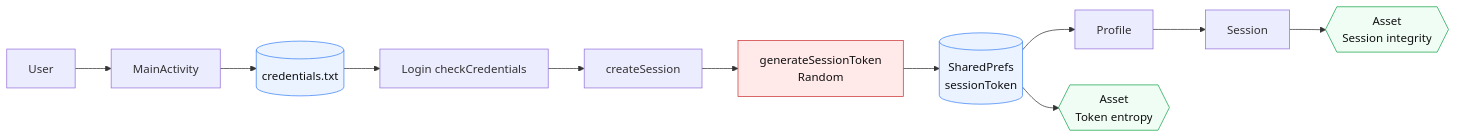
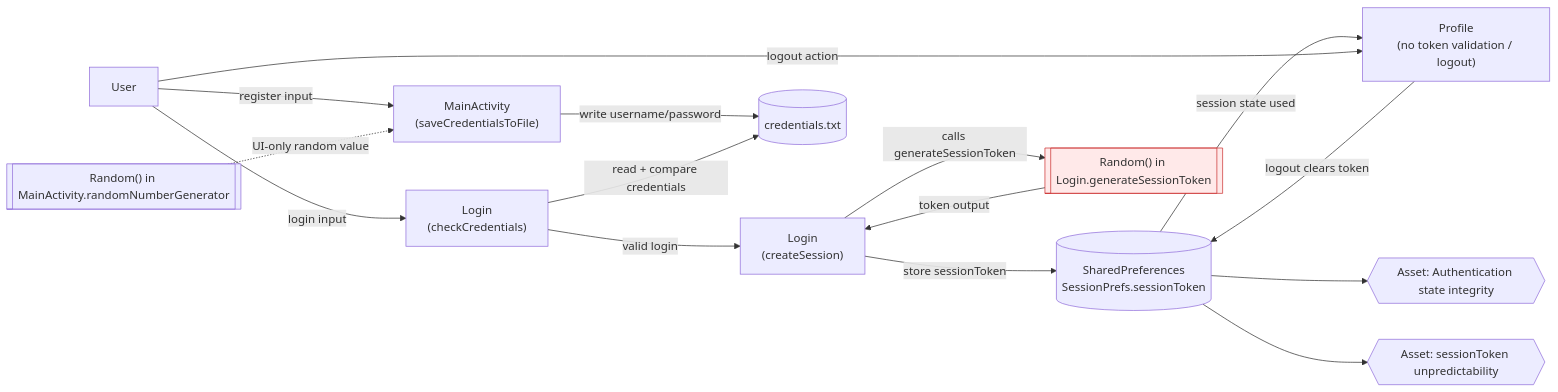
One commit to pablo-labo/Tutorial10_Group5_5995 changed the diagram in threat-model/for-report/system-model-diagram.md. Above: the diagram before and after it, drawn with Mermaid. The commit also changed other lines of this file, not shown here.

Commit message:
Update system model diagram to unified preferred style

````diff
--- a/threat-model/for-report/system-model-diagram.md
+++ b/threat-model/for-report/system-model-diagram.md
@@ -5,27 +5,41 @@
 ```mermaid
 flowchart LR
     U["User"]
-    MA["MainActivity"]
+
+    MA["MainActivity<br/>(saveCredentialsToFile)"]
+    LO["Login<br/>(checkCredentials)"]
+    CS["Login<br/>(createSession)"]
+    PR["Profile<br/>(no token validation / logout)"]
+
     CRED[("credentials.txt")]
-    LC["Login checkCredentials"]
-    CS["createSession"]
-    GST["generateSessionToken\nRandom"]
-    SP[("SharedPrefs\nsessionToken")]
-    PF["Profile"]
-    S["Session"]
+    SP[("SharedPreferences<br/>SessionPrefs.sessionToken")]
 
-    A1{{"Asset\nToken entropy"}}
-    A2{{"Asset\nSession integrity"}}
+    RNG1[["Random() in Login.generateSessionToken"]]
+    RNG2[["Random() in MainActivity.randomNumberGenerator"]]
 
-    U --> MA --> CRED --> LC --> CS --> GST --> SP --> PF --> S
+    A1{{"Asset: Authentication state integrity"}}
+    A2{{"Asset: sessionToken unpredictability"}}
+
+    U -->|register input| MA
+    MA -->|write username/password| CRED
+
+    U -->|login input| LO
+    LO -->|read + compare credentials| CRED
+    LO -->|valid login| CS
+
+    CS -->|calls generateSessionToken| RNG1
+    RNG1 -->|token output| CS
+    CS -->|store sessionToken| SP
+
+    SP -->|session state used| PR
+    U -->|logout action| PR
+    PR -->|logout clears token| SP
+
     SP --> A1
-    S --> A2
+    SP --> A2
 
-    classDef vuln fill:#ffe9e9,stroke:#cc3333,stroke-width:1px,color:#111;
-    classDef store fill:#eaf3ff,stroke:#3b82f6,stroke-width:1px,color:#111;
-    classDef asset fill:#f0fdf4,stroke:#16a34a,stroke-width:1px,color:#111;
+    RNG2 -. UI-only random value .-> MA
 
-    class GST vuln;
-    class CRED,SP store;
-    class A1,A2 asset;
+    classDef vuln fill:#ffe9e9,stroke:#cc3333,stroke-width:1px;
+    class RNG1 vuln;
 ```
````
